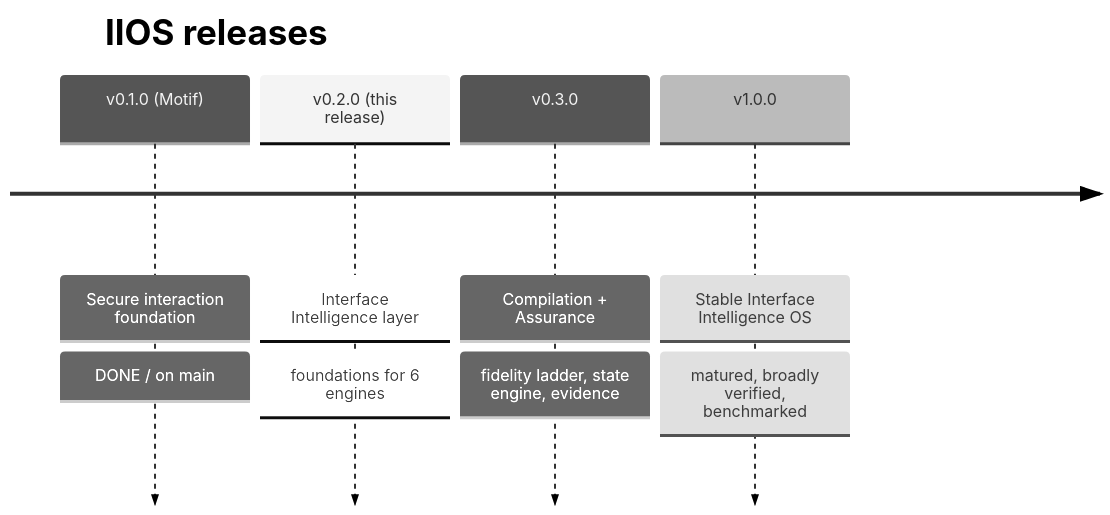
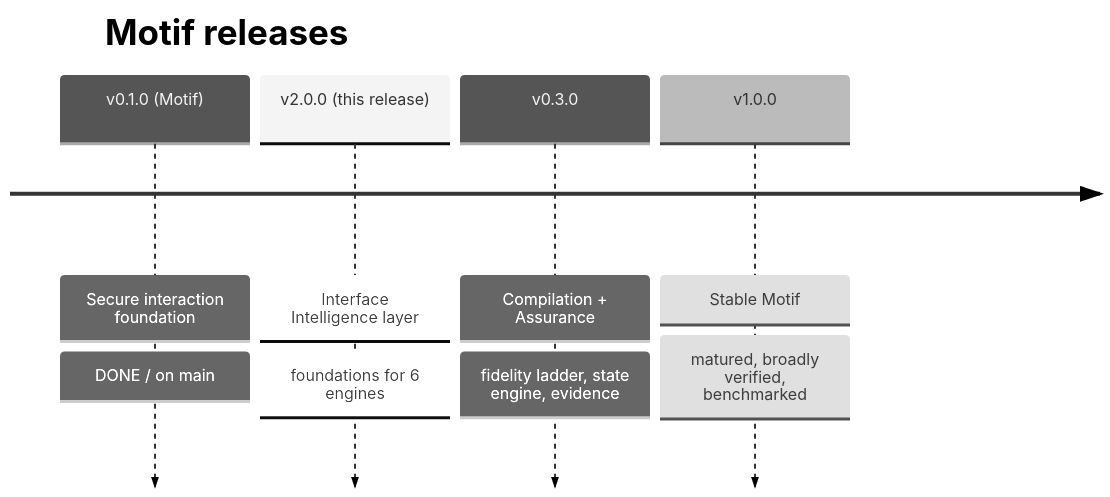
Before and after one commit to Suraj787/motif: the diagram in docs/product/roadmap.md, drawn with Mermaid (neutral theme). The commit also changed other lines of this file and 54 other files, not shown here.

````diff
--- a/docs/product/roadmap.md
+++ b/docs/product/roadmap.md
@@ -7,8 +7,8 @@
 ```mermaid
 timeline
-  title IIOS releases
+  title Motif releases
   v0.1.0 (Motif) : Secure interaction foundation : DONE / on main
-  v0.2.0 (this release) : Interface Intelligence layer : foundations for 6 engines
+  v2.0.0 (this release) : Interface Intelligence layer : foundations for 6 engines
   v0.3.0 : Compilation + Assurance : fidelity ladder, state engine, evidence
-  v1.0.0 : Stable Interface Intelligence OS : matured, broadly verified, benchmarked
+  v1.0.0 : Stable Motif : matured, broadly verified, benchmarked
 ```
````
